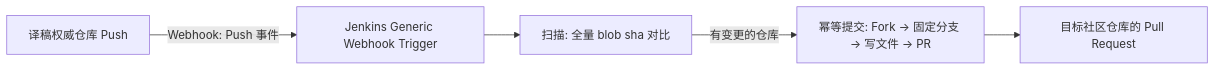
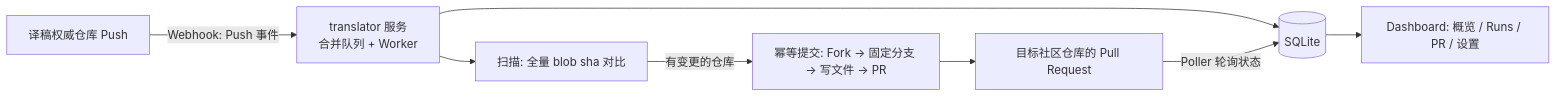
Before and after one commit to opensourceways/translator: the diagram in README.md, drawn with Mermaid. The commit also changed other lines of this file, not shown here.

````diff
--- a/README.md
+++ b/README.md
@@ -8,7 +8,10 @@
 ```mermaid
 flowchart LR
-    A[译稿权威仓库 Push] -->|Webhook: Push 事件| B[Jenkins Generic Webhook Trigger]
+    A[译稿权威仓库 Push] -->|Webhook: Push 事件| B[translator 服务<br/>合并队列 + Worker]
     B --> C[扫描: 全量 blob sha 对比]
     C -->|有变更的仓库| D[幂等提交: Fork → 固定分支 → 写文件 → PR]
     D --> E[目标社区仓库的 Pull Request]
+    B --> F[(SQLite)]
+    F --> G[Dashboard: 概览 / Runs / PR / 设置]
+    E -->|Poller 轮询状态| F
 ```
````
